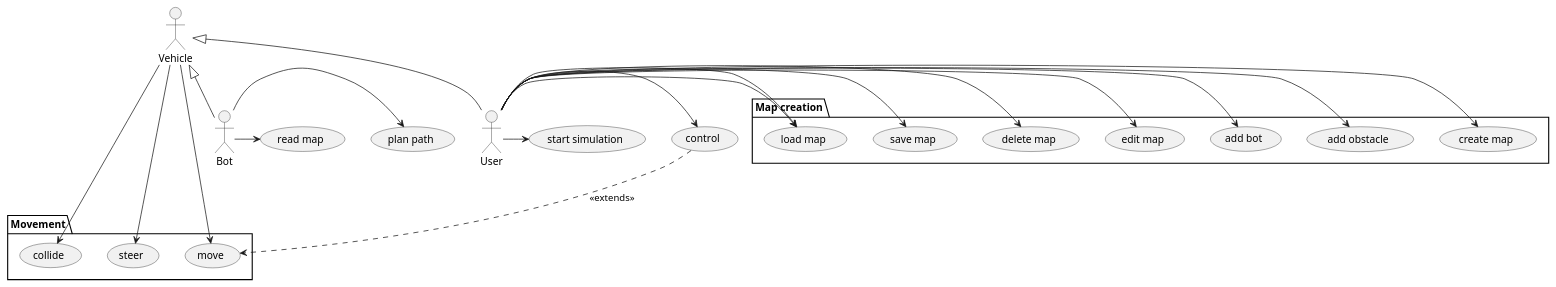
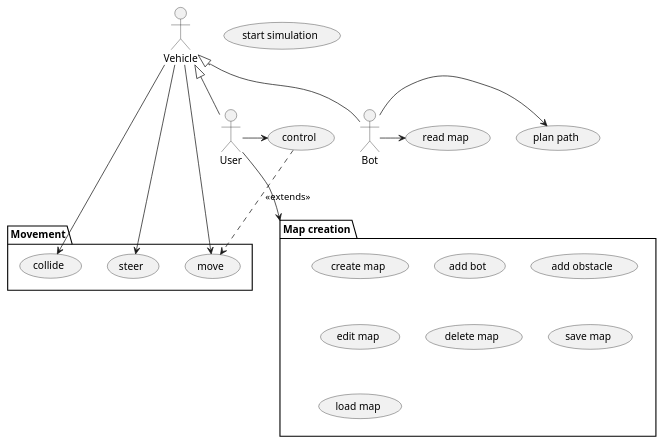
Before and after one commit to lotricekCZ/2D-round-robot-sim: the diagram in doc/UC.plantuml, drawn with PlantUML.

Commit message:
more readable, definitely incomplete

```diff
--- a/doc/UC.plantuml
+++ b/doc/UC.plantuml
@@ -1,53 +1,45 @@
 @startuml gameplay
 skinparam Style strictuml
 
 actor Bot
 ' actor Point
 actor User
 actor Vehicle
 
 package Movement {
     usecase move
     usecase steer
     usecase collide
 }
 
-package "Map creation" {
+package "Map creation" as mc {
 
     usecase "create map"
     usecase "add bot"
     usecase "add obstacle"
     usecase "edit map"
     
     usecase "delete map"
     usecase "save map"
     usecase "load map"
     
 }
 
 usecase "start simulation"
 usecase control
 usecase "plan path"
 usecase "read map"
 
 :Vehicle: -> collide
 :Vehicle: -> move
 :Vehicle: -> steer
 
 :Bot: -> (plan path)
 :Bot: -> (read map)
 
 :Bot: -up-|> :Vehicle:
 :User: -up-|> :Vehicle:
 :User: -> (control)
 (control) -.> (move): <<extends>>
-:User: -> (create map)
-:User: -> (add obstacle)
-:User: -> (add bot)
-:User: -> (edit map)
-:User: -> (delete map)
-:User: -> (save map)
-:User: -> (load map)
-:User: -> (load map)
-:User: -> (start simulation)
+:User: --> mc
 @enduml
```
